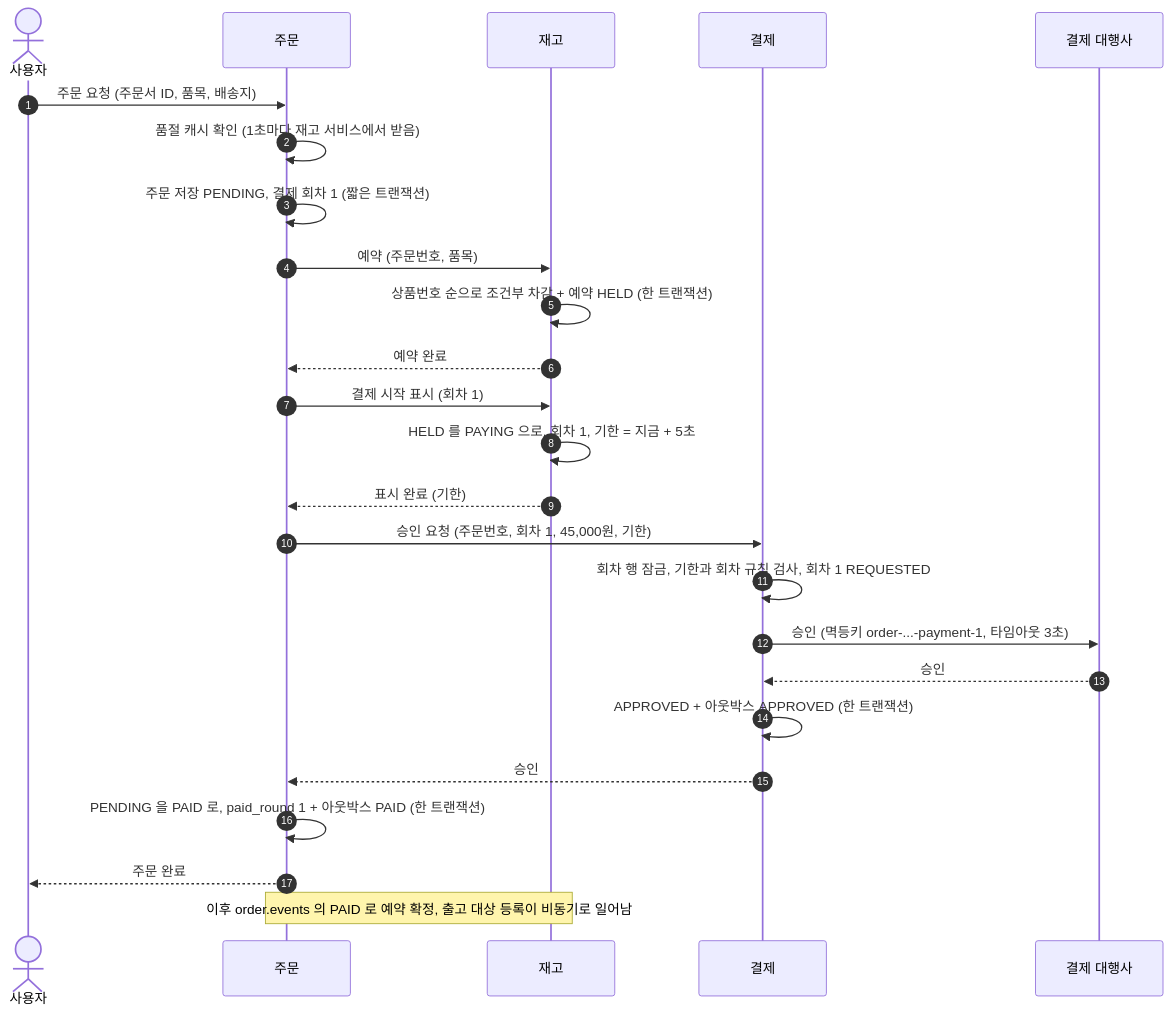
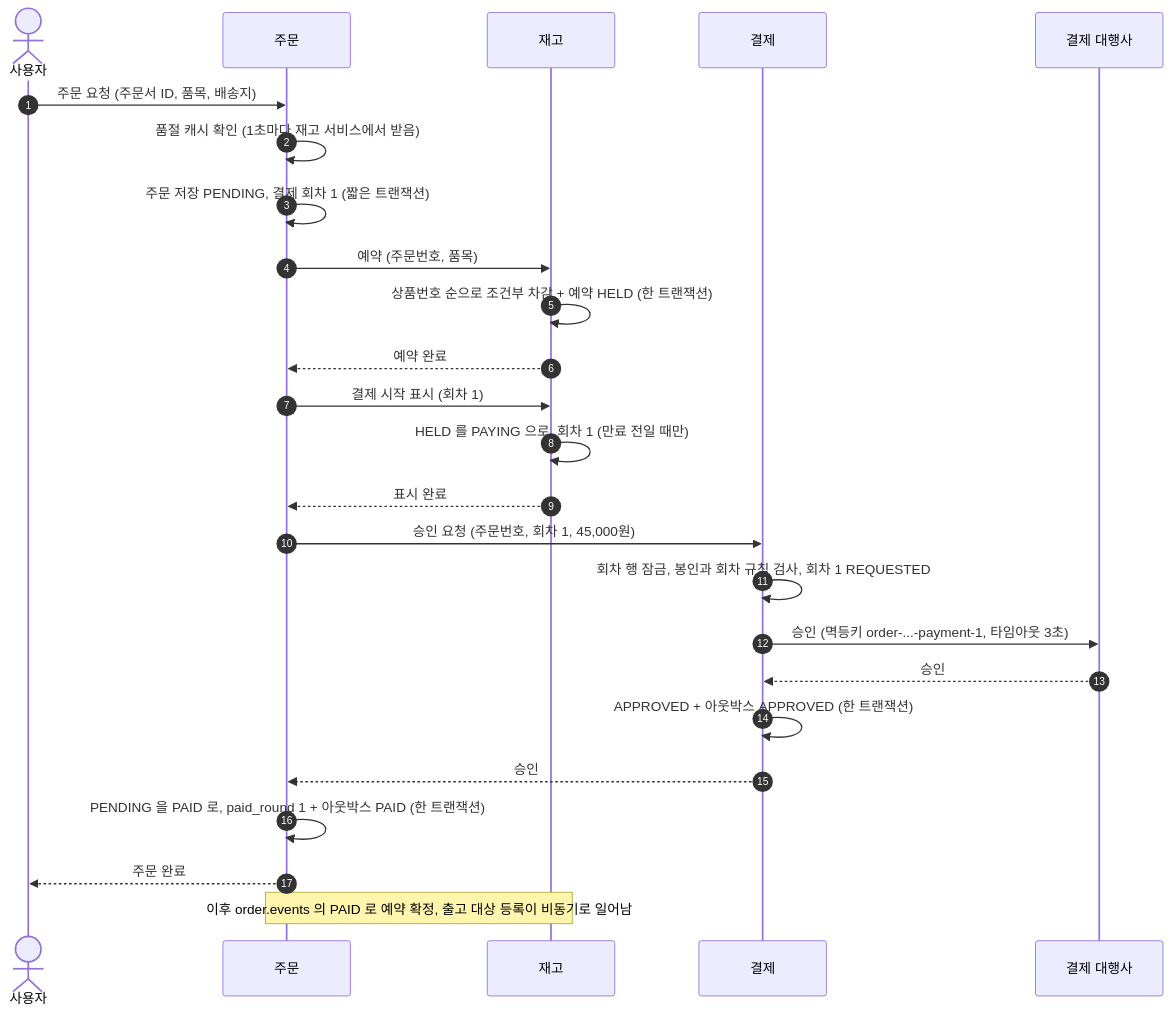
One commit to Bamdule/dawn-delivery-commerce changed the first of 6 diagrams in docs/sequence/01-주문과-결제.md. Above: the diagram before and after it, drawn with Mermaid. The commit also changed other lines of this file and 16 other files, not shown here.

````diff
--- a/docs/sequence/01-주문과-결제.md
+++ b/docs/sequence/01-주문과-결제.md
@@ -20,29 +20,29 @@
 ```mermaid
 sequenceDiagram
     autonumber
     actor 사용자
     participant 주문
     participant 재고
     participant 결제
     participant 대행사 as 결제 대행사
 
     사용자->>주문: 주문 요청 (주문서 ID, 품목, 배송지)
     주문->>주문: 품절 캐시 확인 (1초마다 재고 서비스에서 받음)
     주문->>주문: 주문 저장 PENDING, 결제 회차 1 (짧은 트랜잭션)
     주문->>재고: 예약 (주문번호, 품목)
     재고->>재고: 상품번호 순으로 조건부 차감 + 예약 HELD (한 트랜잭션)
     재고-->>주문: 예약 완료
     주문->>재고: 결제 시작 표시 (회차 1)
-    재고->>재고: HELD 를 PAYING 으로, 회차 1, 기한 = 지금 + 5초
-    재고-->>주문: 표시 완료 (기한)
-    주문->>결제: 승인 요청 (주문번호, 회차 1, 45,000원, 기한)
-    결제->>결제: 회차 행 잠금, 기한과 회차 규칙 검사, 회차 1 REQUESTED
+    재고->>재고: HELD 를 PAYING 으로, 회차 1 (만료 전일 때만)
+    재고-->>주문: 표시 완료
+    주문->>결제: 승인 요청 (주문번호, 회차 1, 45,000원)
+    결제->>결제: 회차 행 잠금, 봉인과 회차 규칙 검사, 회차 1 REQUESTED
     결제->>대행사: 승인 (멱등키 order-...-payment-1, 타임아웃 3초)
     대행사-->>결제: 승인
     결제->>결제: APPROVED + 아웃박스 APPROVED (한 트랜잭션)
     결제-->>주문: 승인
     주문->>주문: PENDING 을 PAID 로, paid_round 1 + 아웃박스 PAID (한 트랜잭션)
     주문-->>사용자: 주문 완료
 
     Note over 주문,재고: 이후 order.events 의 PAID 로 예약 확정, 출고 대상 등록이 비동기로 일어남
 ```
````
